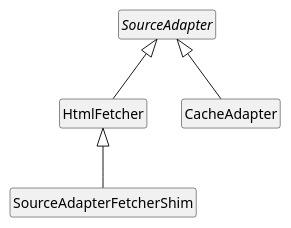
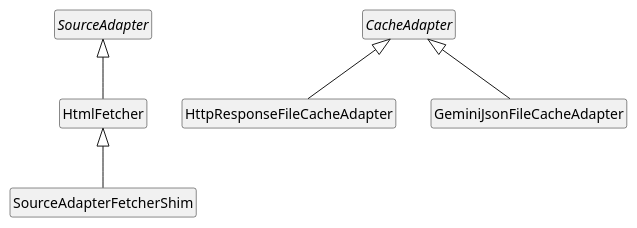
The diagram in docs/uml/inheritance/adapters.puml (bgembalczyk/F1), drawn with PlantUML before and after one commit. The commit also changed 6 other files, not shown here.

First line of the commit message:
Rename FileTtlCacheAdapter→CacheAdapter, delete old CacheAdapter, update UML and tests

```diff
--- a/docs/uml/inheritance/adapters.puml
+++ b/docs/uml/inheritance/adapters.puml
@@ -1,19 +1,23 @@
 @startuml
 
 hide circle
 hide empty members
 
 
 abstract class SourceAdapter
+abstract class CacheAdapter
 
 class HtmlFetcher
-class CacheAdapter
 class SourceAdapterFetcherShim
+class HttpResponseFileCacheAdapter
+class GeminiJsonFileCacheAdapter
 
 
-SourceAdapter <|-- CacheAdapter
 SourceAdapter <|-- HtmlFetcher
 
 HtmlFetcher <|-- SourceAdapterFetcherShim
 
+CacheAdapter <|-- HttpResponseFileCacheAdapter
+CacheAdapter <|-- GeminiJsonFileCacheAdapter
+
 @enduml
```
